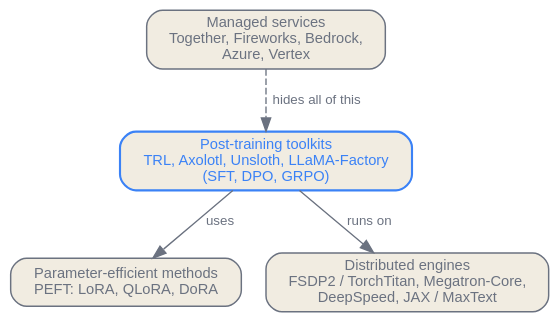
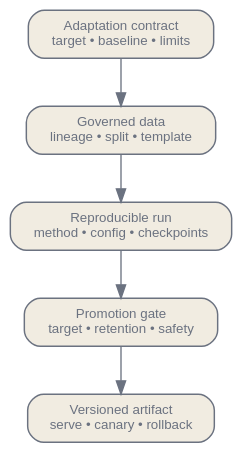
Before and after one commit to latere-ai/ai-as-an-infrastructure: the first of 3 diagrams in en/practice/04-training-finetuning-practice.qmd, drawn with Graphviz. The commit also changed other lines of this file and 4 other files, not shown here.

Commit message:
docs: rewrite training and fine-tuning practice

````diff
--- a/en/practice/04-training-finetuning-practice.qmd
+++ b/en/practice/04-training-finetuning-practice.qmd
@@ -34,19 +16,18 @@
 ```{dot}
 //| label: fig-training-layers
-//| fig-cap: "The three sub-layers of the training and fine-tuning stack in 2026. Most teams touch only the middle row; the engines sit underneath, the managed services replace all three."
-digraph layers {
+//| fig-cap: "The adaptation release, from a behavior contract to a reversible production artifact. Training is one stage in the path, not the unit of delivery."
+digraph adaptation {
   rankdir=TB;
   bgcolor="transparent";
-  node [shape=box, style="rounded,filled", fontname="Helvetica", fontsize=11, color="#6b7280", fontcolor="#6b7280", fillcolor="#f1ece1", penwidth=1.1];
-  edge [fontname="Helvetica", fontsize=10, color="#6b7280", fontcolor="#6b7280"];
+  node [shape=box, style="rounded,filled", fontname="Helvetica", fontsize=10, color="#6b7280", fontcolor="#6b7280", fillcolor="#f1ece1", penwidth=1.1];
+  edge [color="#6b7280", penwidth=1.0];
 
-  toolkit [label="Post-training toolkits\nTRL, Axolotl, Unsloth, LLaMA-Factory\n(SFT, DPO, GRPO)", color="#3b82f6", fontcolor="#3b82f6", penwidth=1.6];
-  peft [label="Parameter-efficient methods\nPEFT: LoRA, QLoRA, DoRA"];
-  engine [label="Distributed engines\nFSDP2 / TorchTitan, Megatron-Core,\nDeepSpeed, JAX / MaxText"];
-  managed [label="Managed services\nTogether, Fireworks, Bedrock,\nAzure, Vertex"];
+  contract [label="Adaptation contract\ntarget • baseline • limits"];
+  data [label="Governed data\nlineage • split • template"];
+  run [label="Reproducible run\nmethod • config • checkpoints"];
+  gate [label="Promotion gate\ntarget • retention • safety"];
+  artifact [label="Versioned artifact\nserve • canary • rollback"];
 
-  toolkit -> peft [label="uses"];
-  toolkit -> engine [label="runs on"];
-  managed -> toolkit [label="hides all of this", style=dashed];
+  contract -> data -> run -> gate -> artifact;
 }
 ```
````
